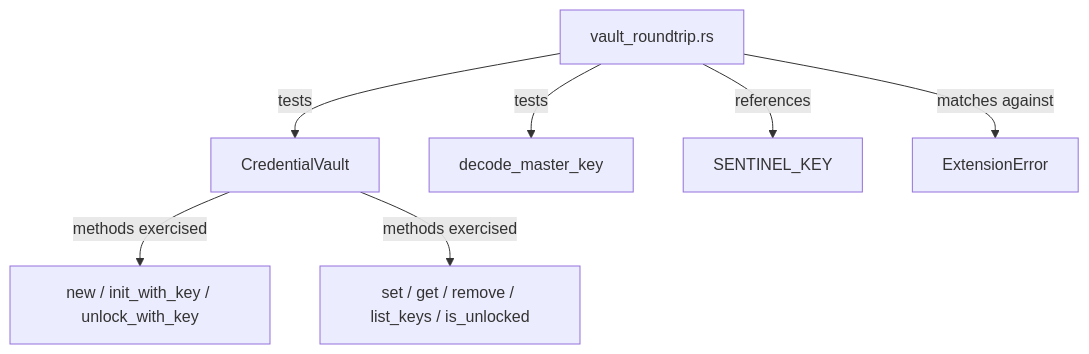
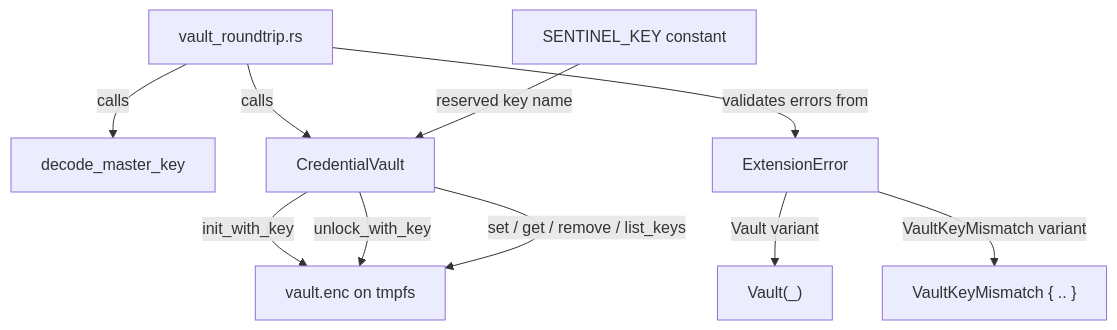
The diagram in other-librefang-extensions-tests.md (leszek3737/librefang-WIki), drawn with Mermaid before and after one commit. The commit also changed other lines of this file and 125 other files, not shown here.

````diff
--- a/other-librefang-extensions-tests.md
+++ b/other-librefang-extensions-tests.md
@@ -70,9 +25,12 @@
 ```mermaid
 graph TD
-    A[vault_roundtrip.rs] -->|tests| B[CredentialVault]
-    A -->|tests| C[decode_master_key]
-    A -->|references| D[SENTINEL_KEY]
-    A -->|matches against| E[ExtensionError]
-    B -->|methods exercised| F[new / init_with_key / unlock_with_key]
-    B -->|methods exercised| G[set / get / remove / list_keys / is_unlocked]
+    A[vault_roundtrip.rs] -->|calls| B[decode_master_key]
+    A -->|calls| C[CredentialVault]
+    C -->|init_with_key| D[vault.enc on tmpfs]
+    C -->|unlock_with_key| D
+    C -->|set / get / remove / list_keys| D
+    E[SENTINEL_KEY constant] -->|reserved key name| C
+    A -->|validates errors from| F[ExtensionError]
+    F -->|Vault variant| G["Vault(_)"]
+    F -->|VaultKeyMismatch variant| H["VaultKeyMismatch { .. }"]
 ```
````
